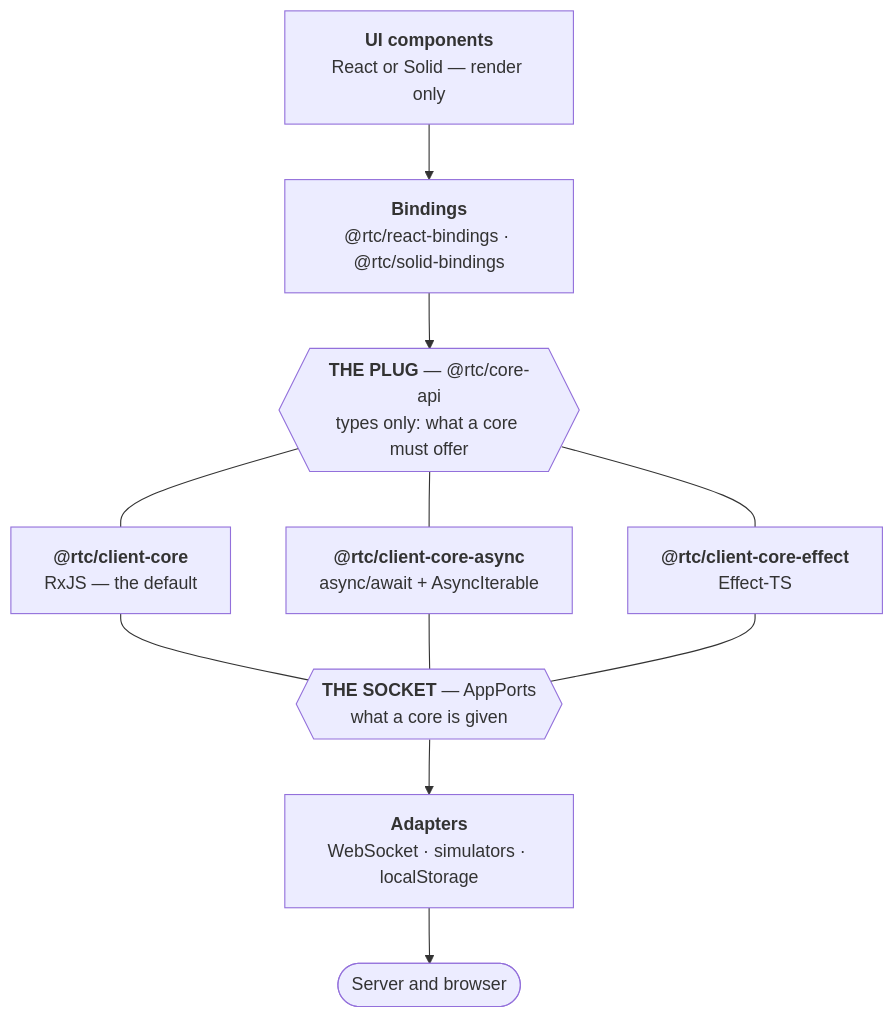
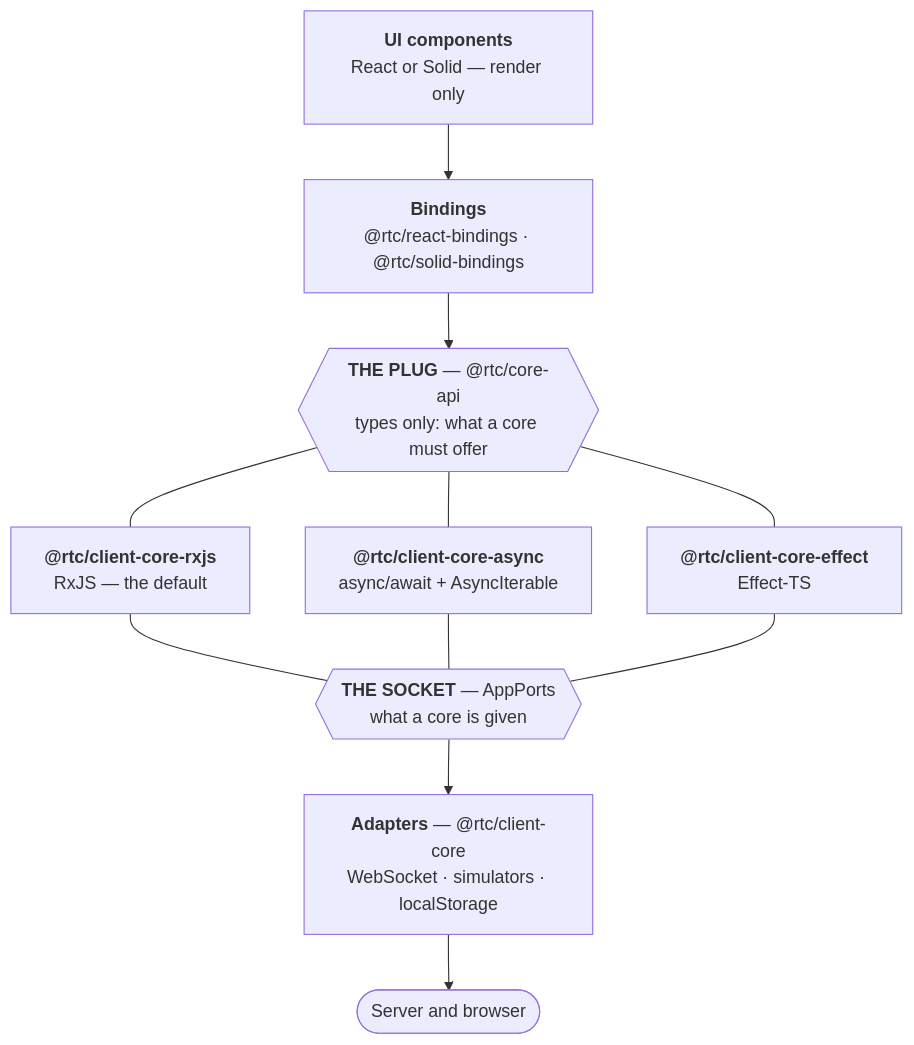
One commit to bettersoftware-io/ReactiveTraderCloudClone changed the first of 17 diagrams in docs/architecture/23-application-cores-explained.md. Above: the diagram before and after it, drawn with Mermaid. The commit also changed other lines of this file and 18 other files, not shown here.

First line of the commit message:
fix(review): two more roads into the eager bundle closed, and the chapters that still drew client-core as the RxJS core

````diff
--- a/docs/architecture/23-application-cores-explained.md
+++ b/docs/architecture/23-application-cores-explained.md
@@ -96,23 +96,23 @@
 ```mermaid
 flowchart TD
   ui["<b>UI components</b><br/>React or Solid — render only"]
   bind["<b>Bindings</b><br/>@rtc/react-bindings · @rtc/solid-bindings"]
   plug{{"<b>THE PLUG</b> — @rtc/core-api<br/>types only: what a core must offer"}}
-  rx["<b>@rtc/client-core</b><br/>RxJS — the default"]
+  rx["<b>@rtc/client-core-rxjs</b><br/>RxJS — the default"]
   as["<b>@rtc/client-core-async</b><br/>async/await + AsyncIterable"]
   ef["<b>@rtc/client-core-effect</b><br/>Effect-TS"]
   socket{{"<b>THE SOCKET</b> — AppPorts<br/>what a core is given"}}
-  adapters["<b>Adapters</b><br/>WebSocket · simulators · localStorage"]
+  adapters["<b>Adapters</b> — @rtc/client-core<br/>WebSocket · simulators · localStorage"]
   world(["Server and browser"])
 
   ui --> bind
   bind --> plug
   plug --- rx
   plug --- as
   plug --- ef
   rx --- socket
   as --- socket
   ef --- socket
   socket --> adapters
   adapters --> world
 ```
````
